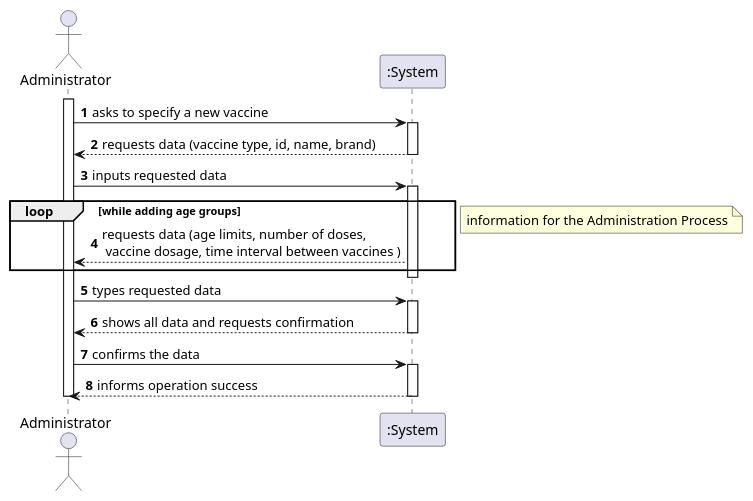
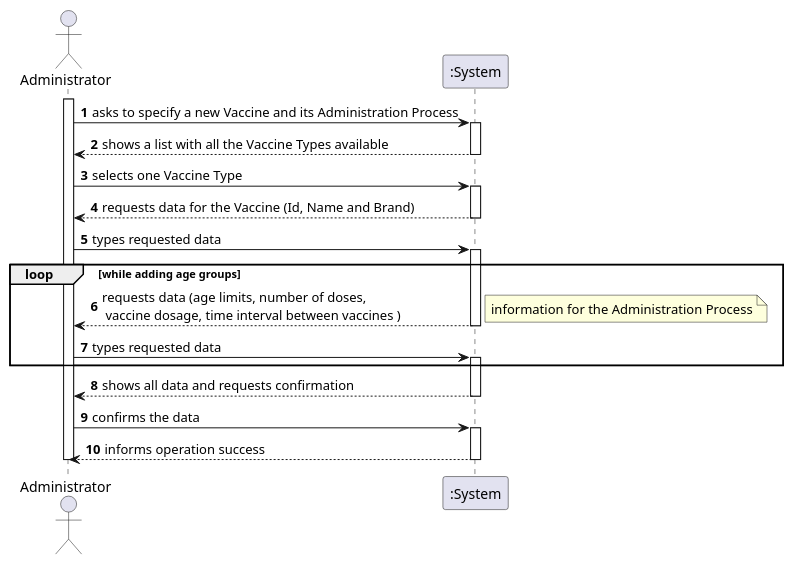
Before and after one commit to Pirussa/lei-22-s2-1da-g02: the diagram in docs/SprintB/US013/US013_SSD.puml, drawn with PlantUML. The commit also changed 17 other files, not shown here.

```diff
--- a/docs/SprintB/US013/US013_SSD.puml
+++ b/docs/SprintB/US013/US013_SSD.puml
@@ -1,39 +1,46 @@
 @startuml
 
 autonumber
 actor "Administrator" as A
 
 activate A
-A -> ":System" : asks to specify a new vaccine
+A -> ":System" : asks to specify a new Vaccine and its Administration Process
 
 activate ":System"
-":System" --> A : requests data (vaccine type, id, name, brand)
+":System" --> A : shows a list with all the Vaccine Types available
 deactivate ":System"
 
-A -> ":System" : inputs requested data
+A -> ":System" : selects one Vaccine Type
+
+activate ":System"
+":System" --> A : requests data for the Vaccine (Id, Name and Brand)
+deactivate ":System"
+A -> ":System" : types requested data
 
 activate ":System"
 
 loop while adding age groups
  ":System" --> A : requests data (age limits, number of doses,\n vaccine dosage, time interval between vaccines )
-end
+
 note right
 information for the Administration Process
 end note
 deactivate ":System"
 
 A -> ":System" : types requested data
+activate ":System"
 
-activate ":System"
+end
+
 ":System" --> A : shows all data and requests confirmation
 deactivate ":System"
 
 A -> ":System" : confirms the data
 
 activate ":System"
 ":System" --> A : informs operation success
 deactivate ":System"
 
 deactivate A
 
 @enduml
```
